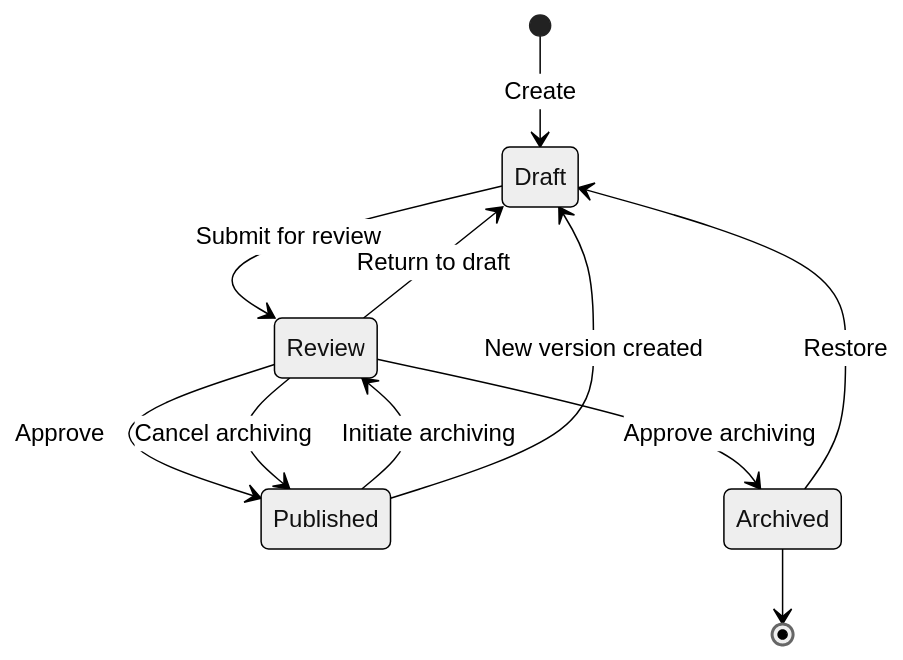
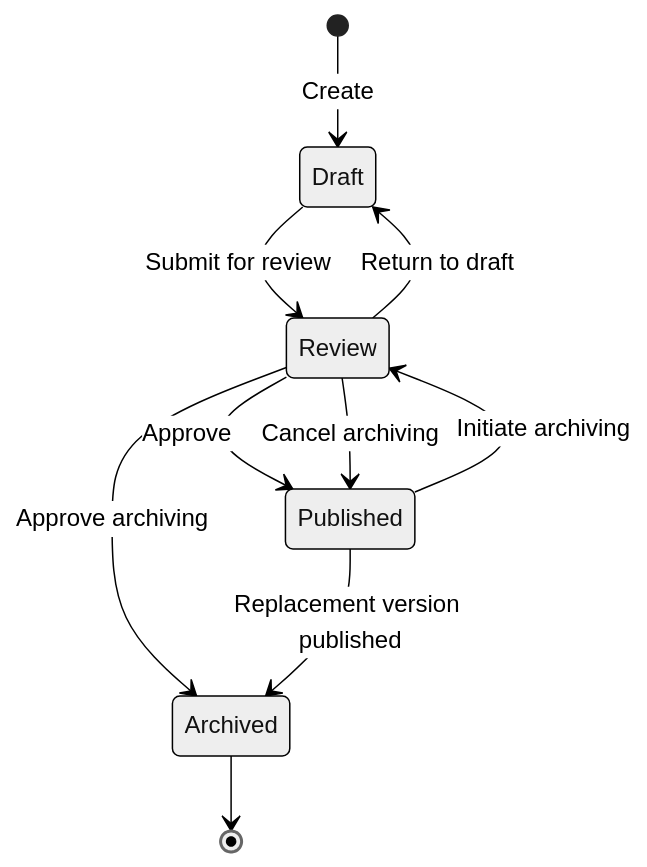
Before and after one commit to johlju/Kravhantering: the first of 3 diagrams in docs/governance/lifecycle-workflow.md, drawn with Mermaid (neutral theme). The commit also changed other lines of this file and 76 other files, not shown here.

````diff
--- a/docs/governance/lifecycle-workflow.md
+++ b/docs/governance/lifecycle-workflow.md
@@ -8,13 +10,12 @@
 ```mermaid
 stateDiagram-v2
     [*] --> Draft : Create
     Draft --> Review : Submit for review
     Review --> Draft : Return to draft
     Review --> Published : Approve
     Published --> Review : Initiate archiving
     Review --> Archived : Approve archiving
     Review --> Published : Cancel archiving
-    Published --> Draft : New version created
-    Archived --> Draft : Restore
+    Published --> Archived : Replacement version published
     Archived --> [*]
 ```
````
